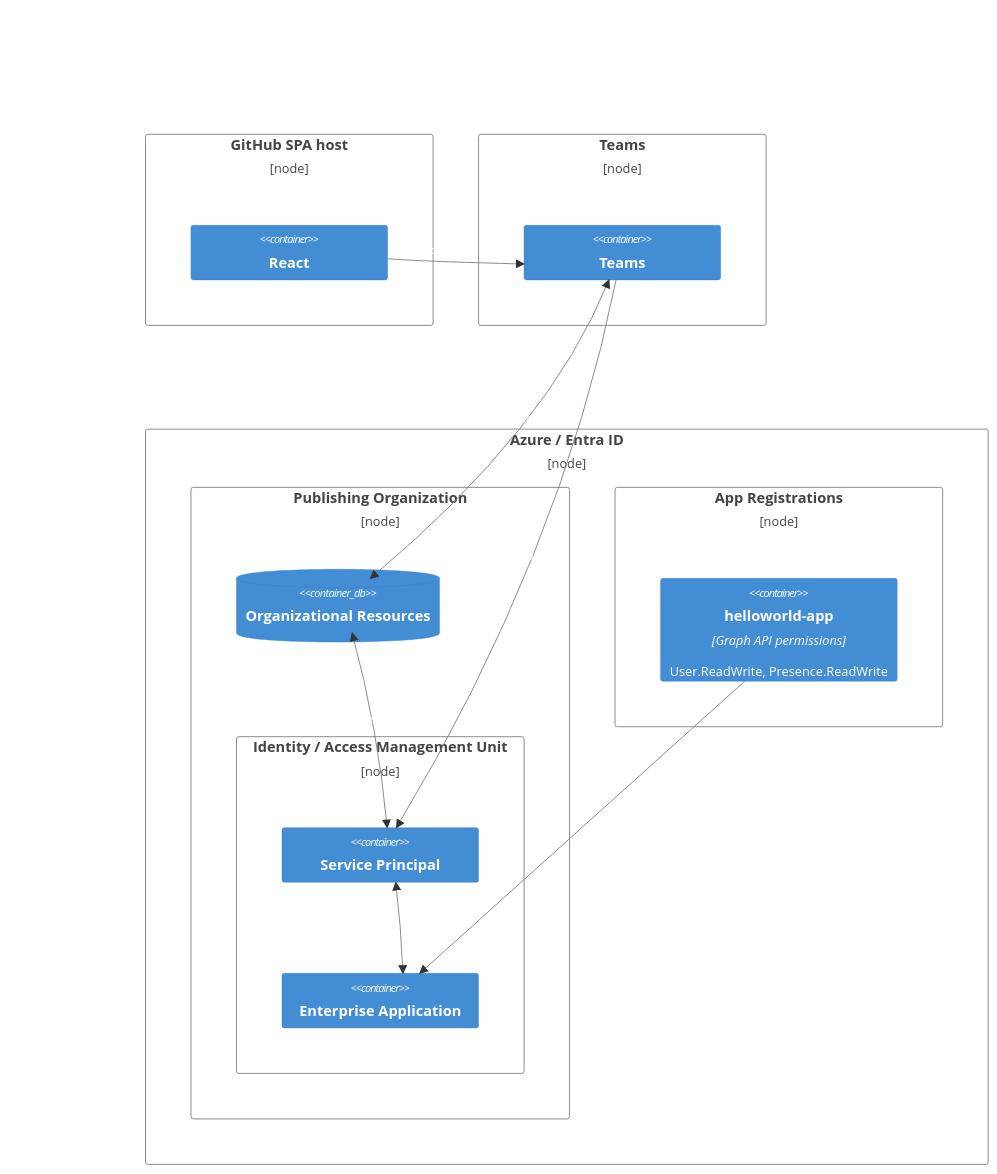
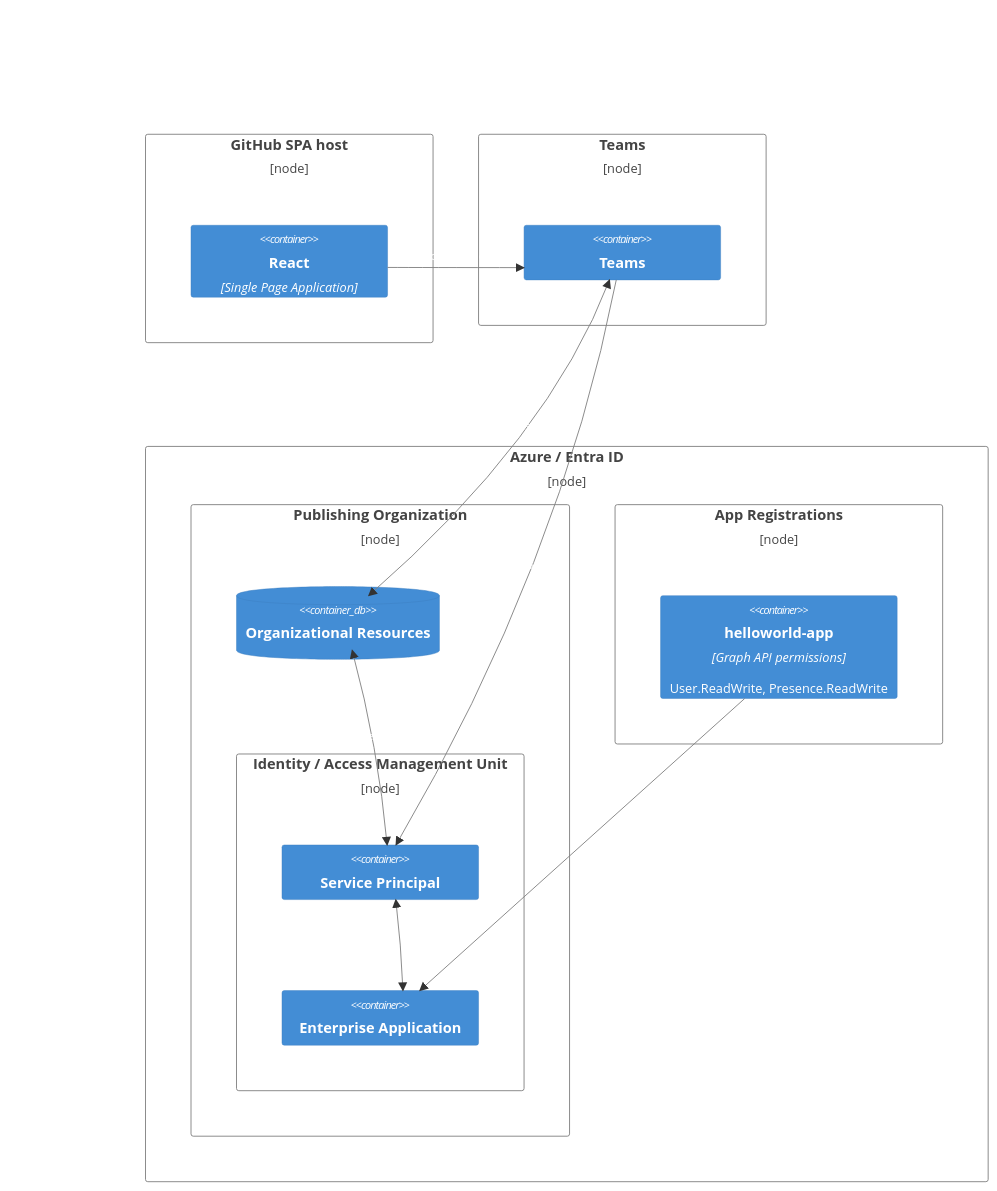
One commit to CynicDog/CynicDog.github.io changed the diagram in _posts/2024-08-05-azure-entra-in-spa.md. Above: the diagram before and after it, drawn with Mermaid. The commit also changed other lines of this file, not shown here.

````diff
--- a/_posts/2024-08-05-azure-entra-in-spa.md
+++ b/_posts/2024-08-05-azure-entra-in-spa.md
@@ -20,48 +22,48 @@
 ```mermaid
 C4Deployment
     title  
     
     Deployment_Node(github, "GitHub SPA host") {
-        Container(React, "React", "", "")
+        Container(React, "React", "Single Page Application", "")
     }
 
     Deployment_Node(teams, "Teams") {
         Container(Teams, "Teams", "", "")
     }
 
     Deployment_Node(azure, "Azure / Entra ID") {
         Deployment_Node(organizationalResources, "Publishing Organization") {
             ContainerDb(Organizational_Resources, "Organizational Resources", "")
             
             Deployment_Node(publishingOrganization, "Identity / Access Management Unit") {
                 Container(Service_Principal, "Service Principal", "", "")
                 Container(Enterprise_Application, "Enterprise Application", "", "")        
             }
         }
 
         Deployment_Node(appRegistrations, "App Registrations") {
                     Container(helloworld_app, "helloworld-app", "Graph API permissions", "User.ReadWrite, Presence.ReadWrite")
         }
     }
     
     Rel(helloworld_app, Enterprise_Application, "Exposes as")
     Rel(Teams, Service_Principal, "Delegates to")
     Rel(React, Teams, "Provides endpoint")
     BiRel(Service_Principal, Organizational_Resources, "Accesses")
     BiRel(Teams, Organizational_Resources, "On behalf of user")
     BiRel(Enterprise_Application, Service_Principal, "")
 
     UpdateElementStyle(azure, $borderColor="gray")
     UpdateElementStyle(github, $borderColor="gray")
     UpdateElementStyle(teams, $borderColor="gray")
     UpdateElementStyle(organizationalResources, $borderColor="gray")
     UpdateElementStyle(appRegistrations, $borderColor="gray")
     UpdateElementStyle(publishingOrganization, $borderColor="gray")
     
     UpdateRelStyle(helloworld_app, Enterprise_Application, $textColor="white", $lineColor="gray", ,$offsetX="5")
     UpdateRelStyle(Teams, Service_Principal, $textColor="white", $lineColor="gray", $offsetX="-40")
     UpdateRelStyle(React, Teams, $textColor="white", $lineColor="gray", $offsetY="-15", $offsetX="-40")
     UpdateRelStyle(Service_Principal, Organizational_Resources, $textColor="white", $lineColor="gray", $offsetY="-15", $offsetX="-40")
     UpdateRelStyle(Teams, Organizational_Resources, $textColor="white", $lineColor="gray", $offsetY="-15", $offsetX="-40")
     UpdateRelStyle(Enterprise_Application, Service_Principal, $textColor="white", $lineColor="gray")
 ```
````
